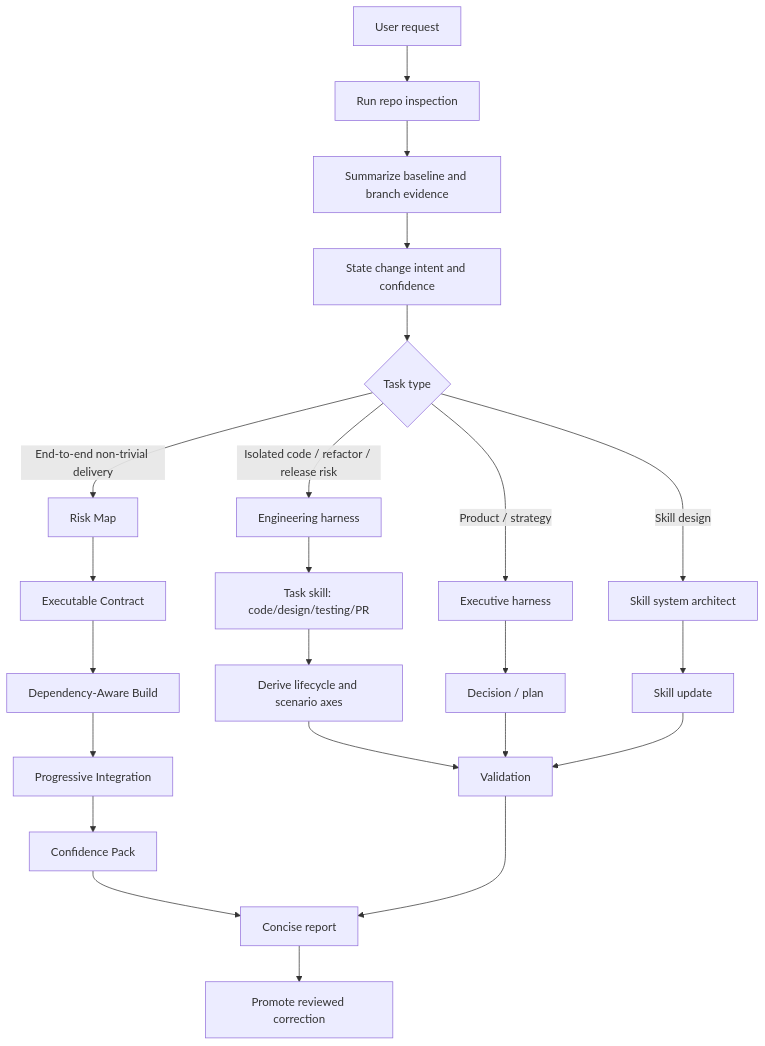
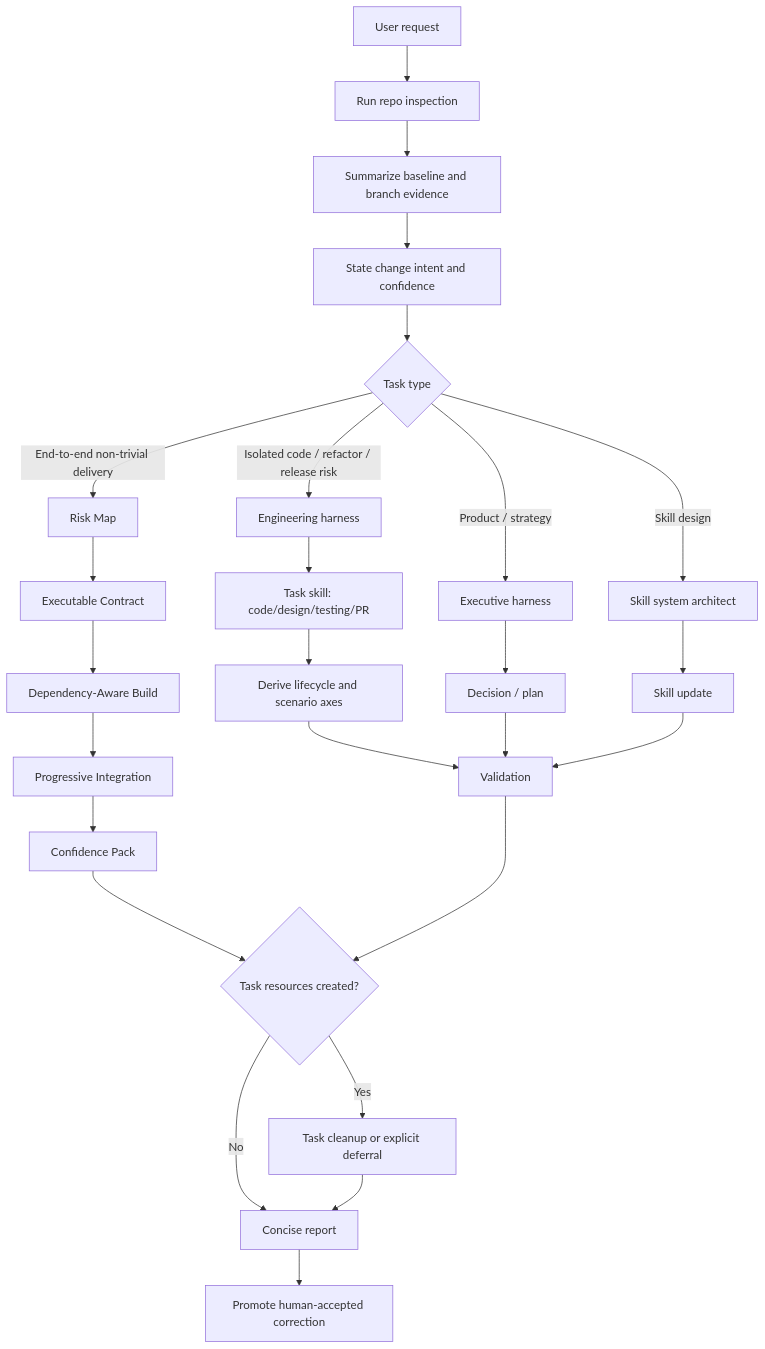
Before and after one commit to ivory-code/agents-configs: the diagram in docs/UNIVERSAL_SKILLSET_BLUEPRINT.md, drawn with Mermaid. The commit also changed other lines of this file and 16 other files, not shown here.

Commit message:
feat: add safe task cleanup workflow

````diff
--- a/docs/UNIVERSAL_SKILLSET_BLUEPRINT.md
+++ b/docs/UNIVERSAL_SKILLSET_BLUEPRINT.md
@@ -58,25 +66,28 @@
 ```mermaid
 flowchart TD
     A[User request] --> B[Run repo inspection]
     B --> C[Summarize baseline and branch evidence]
     C --> C2[State change intent and confidence]
     C2 --> D{Task type}
     D -- Product / strategy --> E[Executive harness]
     D -- End-to-end non-trivial delivery --> R1[Risk Map]
     D -- Isolated code / refactor / release risk --> F[Engineering harness]
     D -- Skill design --> G[Skill system architect]
     R1 --> R2[Executable Contract]
     R2 --> R3[Dependency-Aware Build]
     R3 --> R4[Progressive Integration]
     R4 --> R5[Confidence Pack]
-    R5 --> L
+    R5 --> CLEAN
     F --> H[Task skill: code/design/testing/PR]
     E --> I[Decision / plan]
     G --> J[Skill update]
     H --> H2[Derive lifecycle and scenario axes]
     H2 --> K[Validation]
     I --> K
     J --> K
-    K --> L[Concise report]
-    L --> M[Promote reviewed correction]
+    K --> CLEAN{Task resources created?}
+    CLEAN -- Yes --> T[Task cleanup or explicit deferral]
+    CLEAN -- No --> L
+    T --> L[Concise report]
+    L --> M[Promote human-accepted correction]
 ```
````
